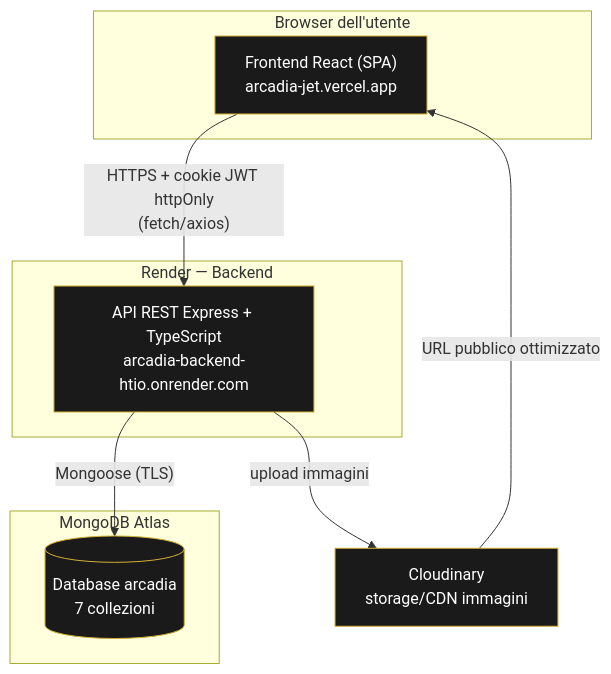
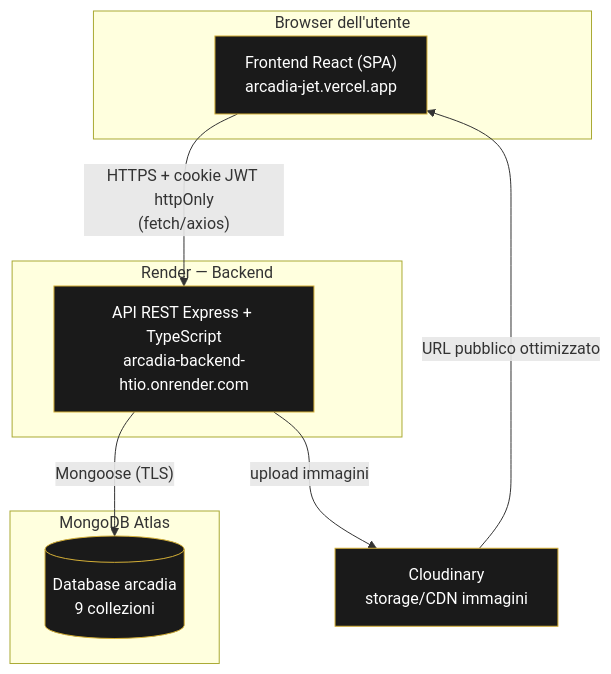
The first of 2 diagrams in docs/capitolato-tecnico.md (RaffaeleBini/Progetto-ArcadIA), drawn with Mermaid before and after one commit. The commit also changed other lines of this file and 1 other file, not shown here.

````diff
--- a/docs/capitolato-tecnico.md
+++ b/docs/capitolato-tecnico.md
@@ -128,26 +130,26 @@
 ```mermaid
 flowchart TB
     subgraph Client["Browser dell'utente"]
         SPA["Frontend React (SPA)<br/>arcadia-jet.vercel.app"]
     end
 
     subgraph Render["Render — Backend"]
         API["API REST Express + TypeScript<br/>arcadia-backend-htio.onrender.com"]
     end
 
     subgraph Atlas["MongoDB Atlas"]
-        DB[("Database arcadia<br/>7 collezioni")]
+        DB[("Database arcadia<br/>9 collezioni")]
     end
 
     Cloudinary["Cloudinary<br/>storage/CDN immagini"]
 
     SPA -- "HTTPS + cookie JWT httpOnly<br/>(fetch/axios)" --> API
     API -- "Mongoose (TLS)" --> DB
     API -- "upload immagini" --> Cloudinary
     Cloudinary -- "URL pubblico ottimizzato" --> SPA
 
     style SPA fill:#1a1a1a,stroke:#d4af37,color:#fff
     style API fill:#1a1a1a,stroke:#d4af37,color:#fff
     style DB fill:#1a1a1a,stroke:#d4af37,color:#fff
     style Cloudinary fill:#1a1a1a,stroke:#d4af37,color:#fff
 ```
````
